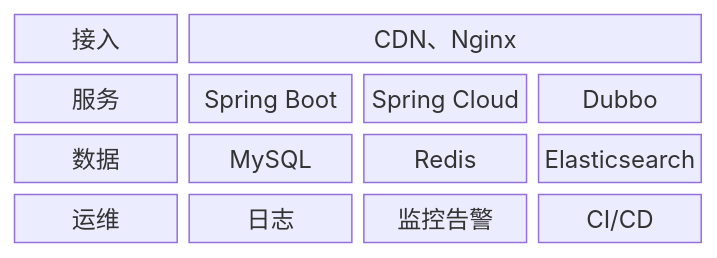
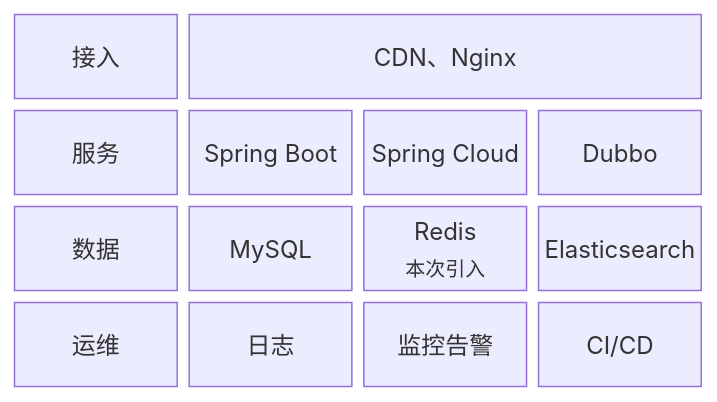
One commit to huang-hee/diagram-kit changed the fifth of 7 diagrams in references/types-structure.md. Above: the diagram before and after it, drawn with Mermaid. The commit also changed other lines of this file and 248 other files, not shown here.

First line of the commit message:
feat: 示例按统一风格重做，补齐 42 张 drawio 整图示例，默认工具改为 drawio

````diff
--- a/references/types-structure.md
+++ b/references/types-structure.md
@@ -198,12 +204,12 @@
 ```mermaid
 block-beta
   columns 4
   L1["接入"]:1 a["CDN、Nginx"]:3
   L2["服务"]:1 b["Spring Boot"] c["Spring Cloud"] d["Dubbo"]
-  L3["数据"]:1 e["MySQL"] f["Redis"] g["Elasticsearch"]
+  L3["数据"]:1 e["MySQL"] f["Redis<br><small>本次引入</small>"] g["Elasticsearch"]
   L4["运维"]:1 h["日志"] i["监控告警"] j["CI/CD"]
   class L1,L2,L3,L4 layer
   class a,b,c,d,e,f,g item
   class h,i,j cross
   class f highlight
 ```
````
